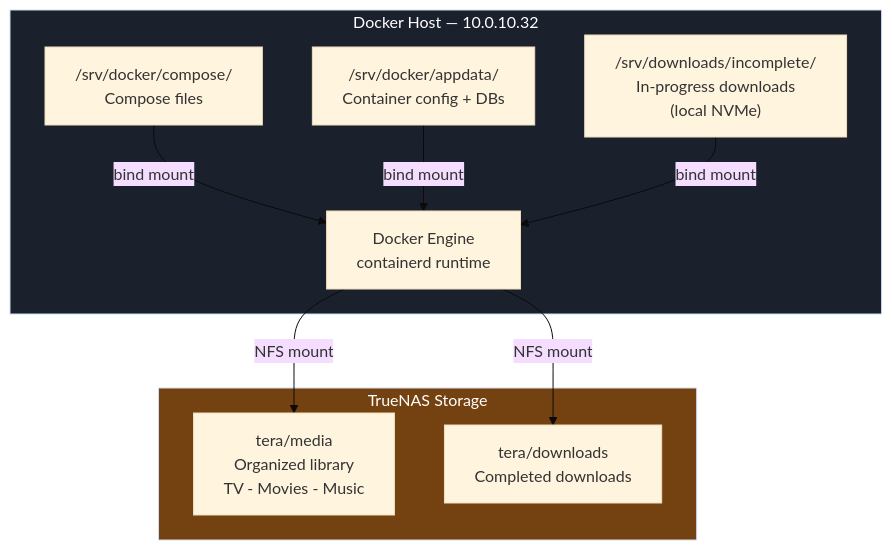
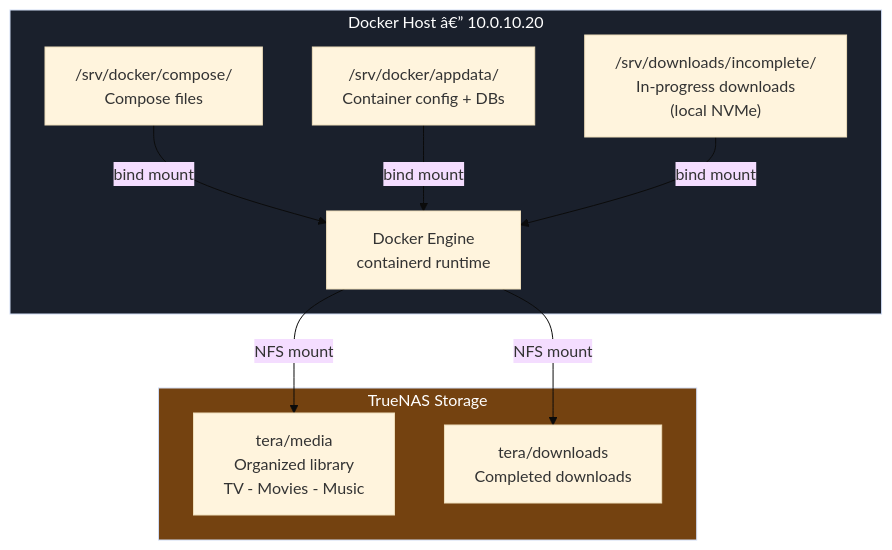
The first of 3 diagrams in docker/docs/02_docker_installation_and_filesystem.md (Kagiso-me/homelab-infrastructure), drawn with Mermaid (base theme) before and after one commit. The commit also changed other lines of this file and 46 other files, not shown here.

Commit message:
Retire Raspberry Pi backup guide and transition to varys for key material backup; update TrueNAS documentation for storage architecture; add disaster recovery game day runbook; implement baseline network policies for production namespaces; introduce varys control hub documentation and backup script.

````diff
--- a/docker/docs/02_docker_installation_and_filesystem.md
+++ b/docker/docs/02_docker_installation_and_filesystem.md
@@ -36,23 +36,23 @@
 ```mermaid
 graph TD
-    subgraph DockerHost ["Docker Host — 10.0.10.32"]
+    subgraph DockerHost ["Docker Host â€” 10.0.10.20"]
         Stacks["/srv/docker/compose/\nCompose files"]
         AppData["/srv/docker/appdata/\nContainer config + DBs"]
         Incomplete["/srv/downloads/incomplete/\nIn-progress downloads\n(local NVMe)"]
         Docker["Docker Engine\ncontainerd runtime"]
     end
 
     subgraph TrueNAS ["TrueNAS Storage"]
         MediaDS["tera/media\nOrganized library\nTV - Movies - Music"]
         DownDS["tera/downloads\nCompleted downloads"]
     end
 
     Stacks -->|bind mount| Docker
     AppData -->|bind mount| Docker
     Incomplete -->|bind mount| Docker
     Docker -->|NFS mount| MediaDS
     Docker -->|NFS mount| DownDS
 
     style DockerHost fill:#1a202c,color:#fff
     style TrueNAS fill:#744210,color:#fff
 ```
````
